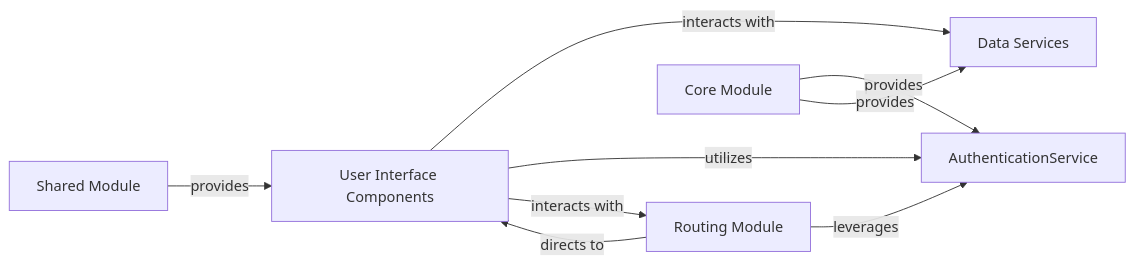
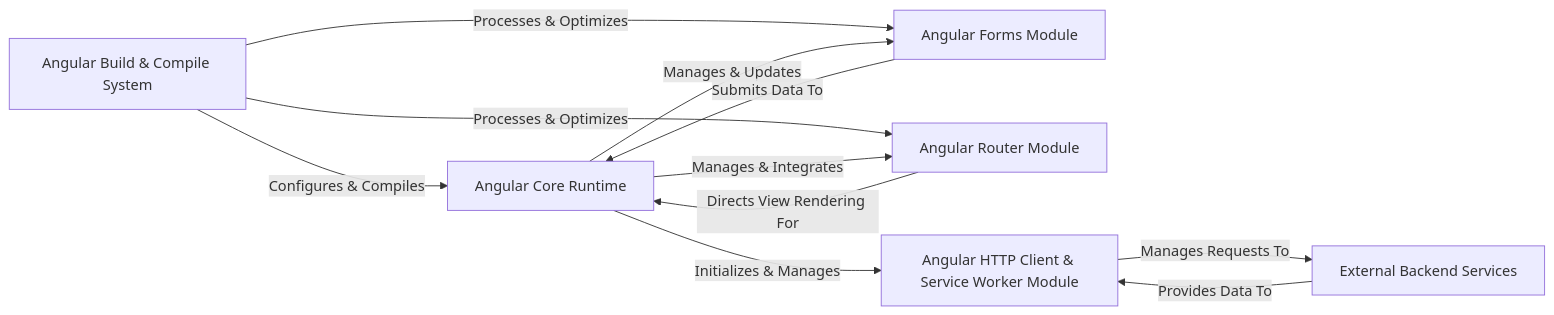
The diagram in angular/on_boarding.md (CodeBoarding/GeneratedOnBoardings), drawn with Mermaid before and after one commit. The commit also changed other lines of this file and 10 other files, not shown here.

````diff
--- a/angular/on_boarding.md
+++ b/angular/on_boarding.md
@@ -1,21 +1,25 @@
 ```mermaid
 graph LR
-    AuthenticationService["AuthenticationService"]
-    User_Interface_Components["User Interface Components"]
-    Data_Services["Data Services"]
-    Routing_Module["Routing Module"]
-    Core_Module["Core Module"]
-    Shared_Module["Shared Module"]
-    User_Interface_Components -- "interacts with" --> Data_Services
-    User_Interface_Components -- "utilizes" --> AuthenticationService
-    User_Interface_Components -- "interacts with" --> Routing_Module
-    Routing_Module -- "directs to" --> User_Interface_Components
-    Routing_Module -- "leverages" --> AuthenticationService
-    Core_Module -- "provides" --> AuthenticationService
-    Core_Module -- "provides" --> Data_Services
-    Shared_Module -- "provides" --> User_Interface_Components
-    click AuthenticationService href "https://github.com/CodeBoarding/GeneratedOnBoardings/blob/main/angular/AuthenticationService.md" "Details"
-    click Data_Services href "https://github.com/CodeBoarding/GeneratedOnBoardings/blob/main/angular/Data_Services.md" "Details"
-    click Routing_Module href "https://github.com/CodeBoarding/GeneratedOnBoardings/blob/main/angular/Routing_Module.md" "Details"
-    click Core_Module href "https://github.com/CodeBoarding/GeneratedOnBoardings/blob/main/angular/Core_Module.md" "Details"
+    Angular_Build_Compile_System["Angular Build & Compile System"]
+    Angular_Core_Runtime["Angular Core Runtime"]
+    Angular_Forms_Module["Angular Forms Module"]
+    Angular_Router_Module["Angular Router Module"]
+    Angular_HTTP_Client_Service_Worker_Module["Angular HTTP Client & Service Worker Module"]
+    External_Backend_Services["External Backend Services"]
+    Angular_Build_Compile_System -- "Configures & Compiles" --> Angular_Core_Runtime
+    Angular_Build_Compile_System -- "Processes & Optimizes" --> Angular_Forms_Module
+    Angular_Build_Compile_System -- "Processes & Optimizes" --> Angular_Router_Module
+    Angular_Core_Runtime -- "Manages & Updates" --> Angular_Forms_Module
+    Angular_Forms_Module -- "Submits Data To" --> Angular_Core_Runtime
+    Angular_Core_Runtime -- "Manages & Integrates" --> Angular_Router_Module
+    Angular_Router_Module -- "Directs View Rendering For" --> Angular_Core_Runtime
+    Angular_Core_Runtime -- "Initializes & Manages" --> Angular_HTTP_Client_Service_Worker_Module
+    Angular_HTTP_Client_Service_Worker_Module -- "Manages Requests To" --> External_Backend_Services
+    External_Backend_Services -- "Provides Data To" --> Angular_HTTP_Client_Service_Worker_Module
+    click Angular_Build_Compile_System href "https://github.com/CodeBoarding/GeneratedOnBoardings/blob/main/angular/Angular_Build_Compile_System.md" "Details"
+    click Angular_Core_Runtime href "https://github.com/CodeBoarding/GeneratedOnBoardings/blob/main/angular/Angular_Core_Runtime.md" "Details"
+    click Angular_Forms_Module href "https://github.com/CodeBoarding/GeneratedOnBoardings/blob/main/angular/Angular_Forms_Module.md" "Details"
+    click Angular_Router_Module href "https://github.com/CodeBoarding/GeneratedOnBoardings/blob/main/angular/Angular_Router_Module.md" "Details"
+    click Angular_HTTP_Client_Service_Worker_Module href "https://github.com/CodeBoarding/GeneratedOnBoardings/blob/main/angular/Angular_HTTP_Client_Service_Worker_Module.md" "Details"
+    click External_Backend_Services href "https://github.com/CodeBoarding/GeneratedOnBoardings/blob/main/angular/External_Backend_Services.md" "Details"
 ```
````
